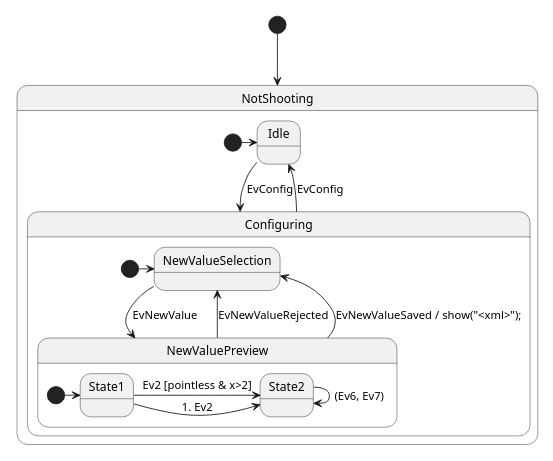
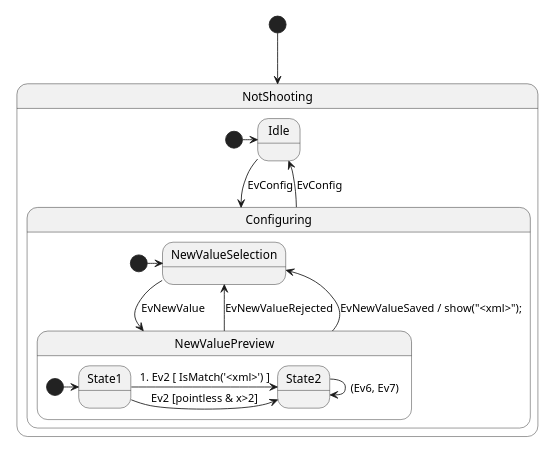
Before and after one commit to StateSmith/StateSmith: the diagram in src/StateSmithTest/Output/Sim/diagrams/PlantEx2.puml, drawn with PlantUML. The commit also changed 12 other files, not shown here.

```diff
--- a/src/StateSmithTest/Output/Sim/diagrams/PlantEx2.puml
+++ b/src/StateSmithTest/Output/Sim/diagrams/PlantEx2.puml
@@ -1,26 +1,26 @@
 @startuml PlantEx2
 ' from https://plantuml.com/state-diagram
 scale 350 width
 [*] --> NotShooting
 
 state NotShooting {
   [*] -> Idle
   Idle --> Configuring : EvConfig
   Configuring --> Idle : EvConfig
 }
 
 state Configuring {
   [*] -> NewValueSelection
   NewValueSelection --> NewValuePreview : EvNewValue
   NewValuePreview --> NewValueSelection : EvNewValueRejected
   NewValuePreview --> NewValueSelection : EvNewValueSaved / show("<xml>");
 
   state NewValuePreview {
     [*] -> State1
     State1 -> State2 : Ev2 [pointless & x>2]
-    State1 -> State2 : 1. Ev2
+    State1 -> State2 : 1. Ev2 [ IsMatch('<xml>') ]
     State2 -> State2 : (Ev6, Ev7)
   }
 
 }
 @enduml
```
